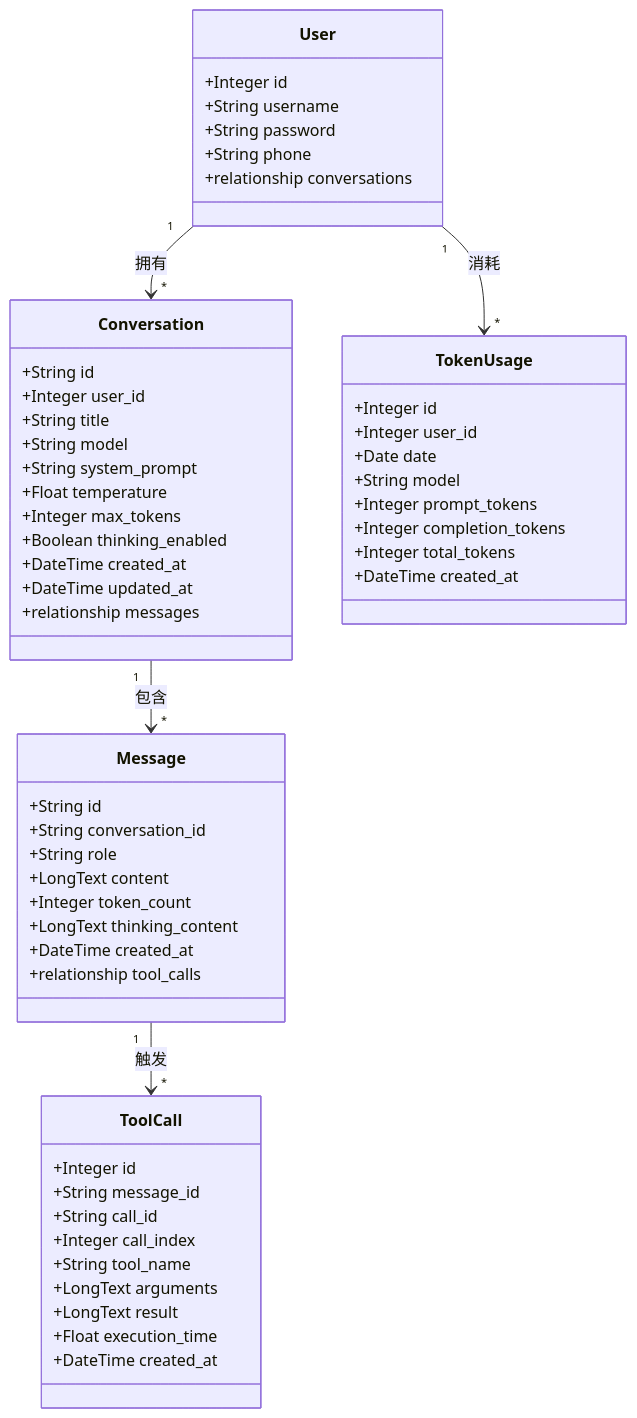
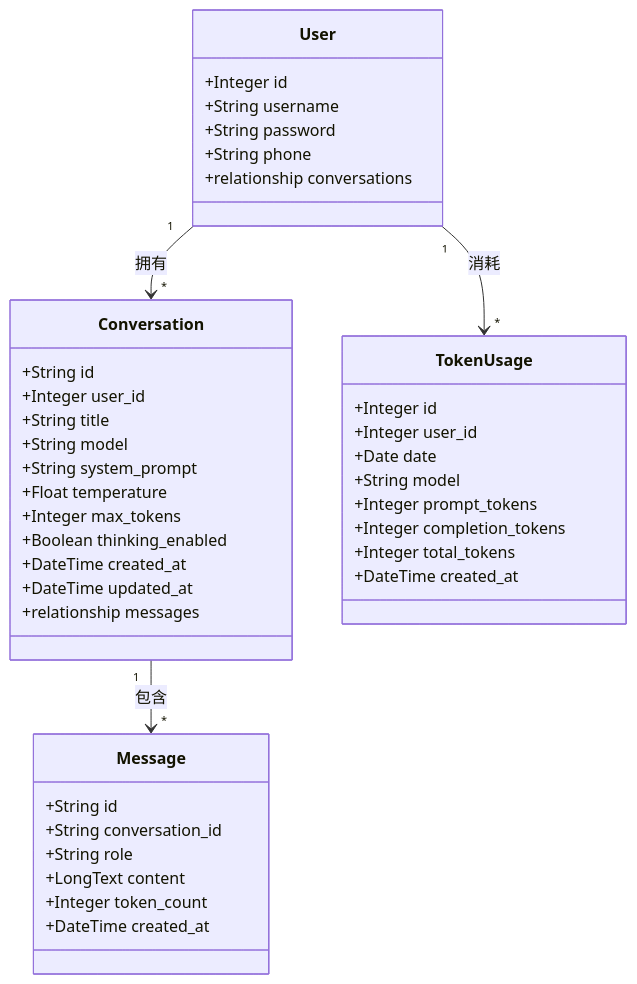
Before and after one commit to ViperEkura/nanoClaw: the second of 4 diagrams in docs/Design.md, drawn with Mermaid. The commit also changed other lines of this file and 12 other files, not shown here.

````diff
--- a/docs/Design.md
+++ b/docs/Design.md
@@ -80,65 +80,50 @@
 ```mermaid
 classDiagram
     direction TB
 
     class User {
         +Integer id
         +String username
         +String password
         +String phone
         +relationship conversations
     }
 
     class Conversation {
         +String id
         +Integer user_id
         +String title
         +String model
         +String system_prompt
         +Float temperature
         +Integer max_tokens
         +Boolean thinking_enabled
         +DateTime created_at
         +DateTime updated_at
         +relationship messages
     }
 
     class Message {
         +String id
         +String conversation_id
         +String role
         +LongText content
         +Integer token_count
-        +LongText thinking_content
-        +DateTime created_at
-        +relationship tool_calls
-    }
-
-    class ToolCall {
-        +Integer id
-        +String message_id
-        +String call_id
-        +Integer call_index
-        +String tool_name
-        +LongText arguments
-        +LongText result
-        +Float execution_time
         +DateTime created_at
     }
 
     class TokenUsage {
         +Integer id
         +Integer user_id
         +Date date
         +String model
         +Integer prompt_tokens
         +Integer completion_tokens
         +Integer total_tokens
         +DateTime created_at
     }
 
     User "1" --> "*" Conversation : 拥有
     Conversation "1" --> "*" Message : 包含
-    Message "1" --> "*" ToolCall : 触发
     User "1" --> "*" TokenUsage : 消耗
 ```
````
